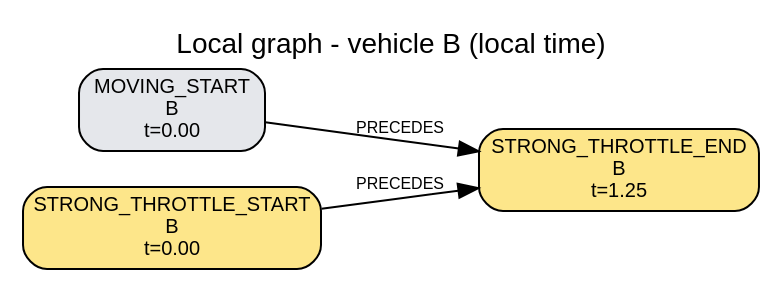
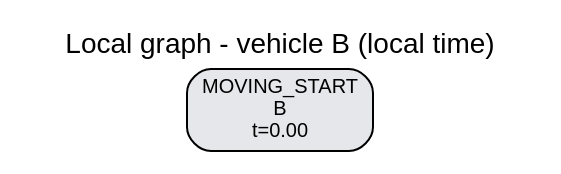
The diagram in traces/S13/run_0_safe_lane_change/reconstruction/B/local_graph.dot (AndreaBedei1/causaldrive-forensics), drawn with Graphviz before and after one commit. The commit also changed 1263 other files, not shown here.

```diff
--- a/traces/S13/run_0_safe_lane_change/reconstruction/B/local_graph.dot
+++ b/traces/S13/run_0_safe_lane_change/reconstruction/B/local_graph.dot
@@ -1,11 +1,6 @@
 digraph "local_B" {
   graph [rankdir=LR, labelloc=t, fontname=Helvetica, label="Local graph - vehicle B (local time)"];
   node [shape=box, style="rounded,filled", fontname=Helvetica, fontsize=10];
   edge [fontname=Helvetica, fontsize=8];
   "B:e01" [label="MOVING_START\nB\nt=0.00", fillcolor="#e5e7eb"];
-  "B:e02" [label="STRONG_THROTTLE_START\nB\nt=0.00", fillcolor="#fde68a"];
-  "B:e03" [label="STRONG_THROTTLE_END\nB\nt=1.25", fillcolor="#fde68a"];
-  {rank=same; "B:e01"; "B:e02";}
-  "B:e01" -> "B:e03" [label="PRECEDES"];
-  "B:e02" -> "B:e03" [label="PRECEDES"];
 }
```
